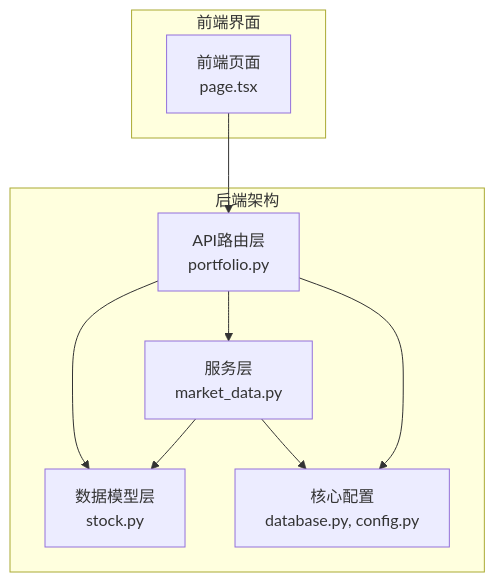
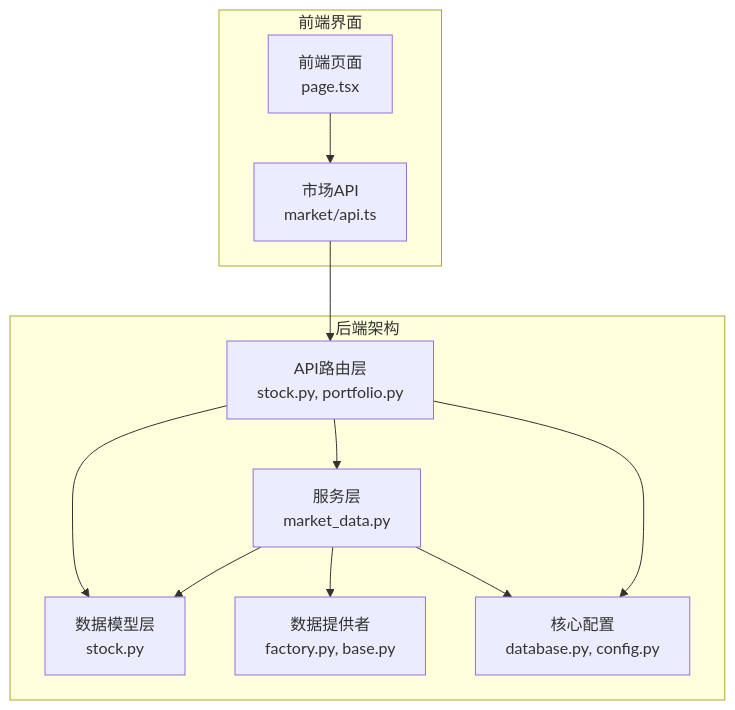
One commit to breeze-lyf/ai-stock-advisor changed the first of 8 diagrams in .qoder/repowiki/zh/content/投资组合管理/股票搜索功能.md. Above: the diagram before and after it, drawn with Mermaid. The commit also changed other lines of this file and 52 other files, not shown here.

Commit message:
Remove Alpha Vantage provider, enhance Akshare with retry and forced proxy for reliable market data, and introduce user notification settings with corresponding database migrations and frontend updates.

````diff
--- a/.qoder/repowiki/zh/content/投资组合管理/股票搜索功能.md
+++ b/.qoder/repowiki/zh/content/投资组合管理/股票搜索功能.md
@@ -42,18 +59,22 @@
 ```mermaid
 graph TB
 subgraph "后端架构"
-API[API路由层<br/>portfolio.py]
+API[API路由层<br/>stock.py, portfolio.py]
 Models[数据模型层<br/>stock.py]
 Services[服务层<br/>market_data.py]
+Providers[数据提供者<br/>factory.py, base.py]
 Core[核心配置<br/>database.py, config.py]
 end
 subgraph "前端界面"
 Frontend[前端页面<br/>page.tsx]
+MarketAPI[市场API<br/>market/api.ts]
 end
-Frontend --> API
+Frontend --> MarketAPI
+MarketAPI --> API
 API --> Models
 API --> Services
+Services --> Providers
 Services --> Models
 Services --> Core
 API --> Core
 ```
````
